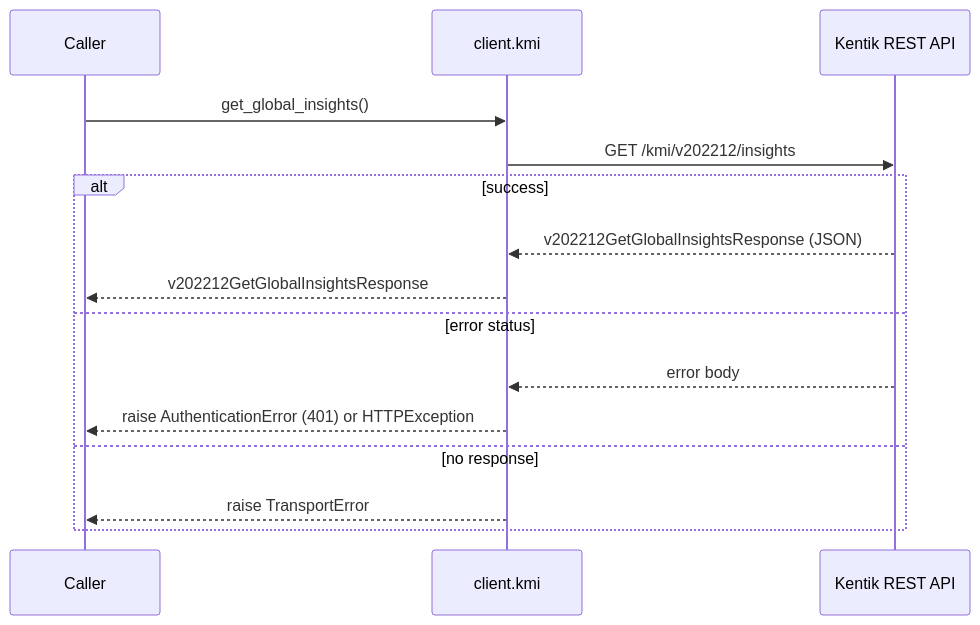
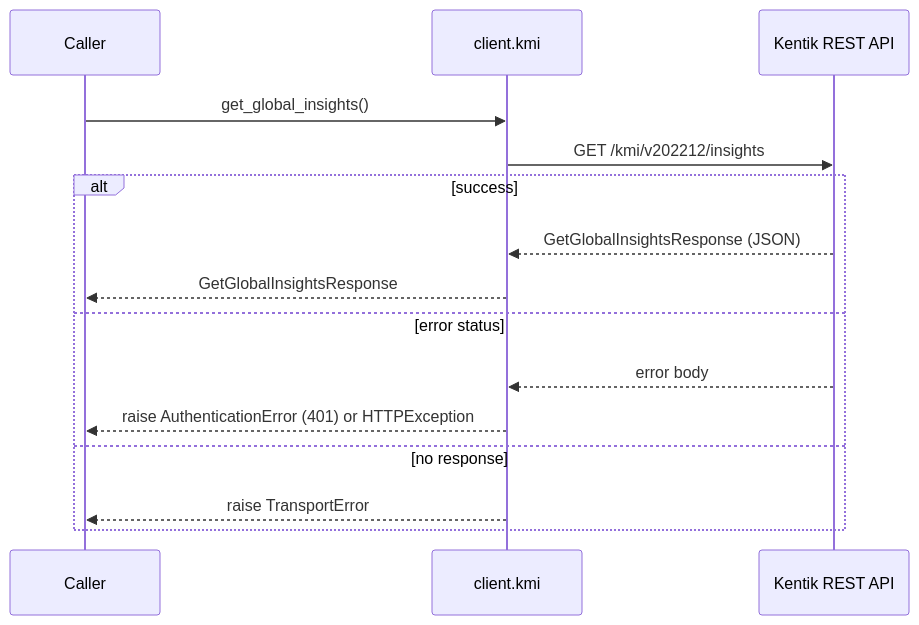
The second of 12 diagrams in docs/sphinx/services/kmi.md (alexdearaujo/community_sdk_python), drawn with Mermaid before and after one commit. The commit also changed other lines of this file and 38 other files, not shown here.

````diff
--- a/docs/sphinx/services/kmi.md
+++ b/docs/sphinx/services/kmi.md
@@ -38,18 +38,18 @@
 ```mermaid
 sequenceDiagram
     participant C as Caller
     participant W as client.kmi
     participant API as Kentik REST API
 
     C->>W: get_global_insights()
     W->>API: GET /kmi/v202212/insights
     alt success
-        API-->>W: v202212GetGlobalInsightsResponse (JSON)
-        W-->>C: v202212GetGlobalInsightsResponse
+        API-->>W: GetGlobalInsightsResponse (JSON)
+        W-->>C: GetGlobalInsightsResponse
     else error status
         API-->>W: error body
         W-->>C: raise AuthenticationError (401) or HTTPException
     else no response
         W-->>C: raise TransportError
     end
 ```
````
